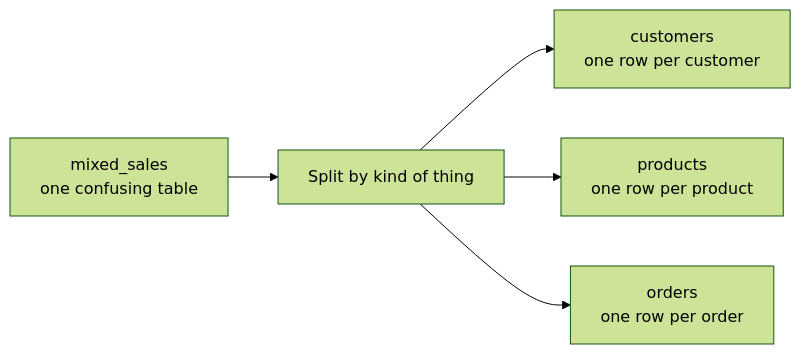
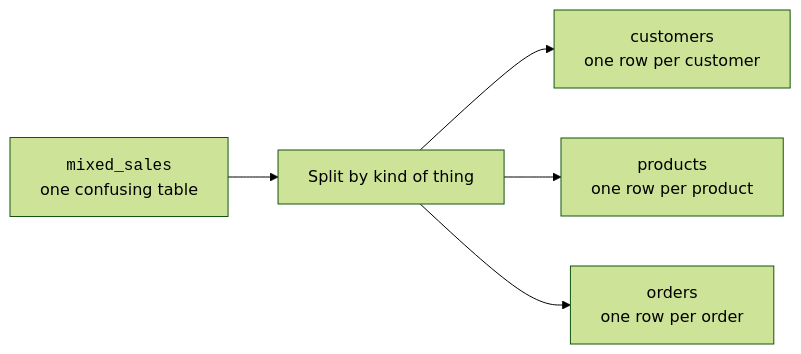
Before and after one commit to dataslope/dataslope: the fourth of 8 diagrams in content/learn/sqlite-for-beginners/understanding-tables.mdx, drawn with Mermaid (forest theme). The commit also changed 153 other files, not shown here.

First line of the commit message:
Render code-only mermaid shapes in monospace; convert step sequences to Steps

````diff
--- a/content/learn/sqlite-for-beginners/understanding-tables.mdx
+++ b/content/learn/sqlite-for-beginners/understanding-tables.mdx
@@ -110,7 +110,7 @@
 ```mermaid
 flowchart LR
-    MIX["mixed_sales<br/>one confusing table"] --> SPLIT["Split by kind of thing"]
+    MIX["<code>mixed_sales</code><br/>one confusing table"] --> SPLIT["Split by kind of thing"]
     SPLIT --> C["customers<br/>one row per customer"]
     SPLIT --> P["products<br/>one row per product"]
     SPLIT --> O["orders<br/>one row per order"]
 ```
````
